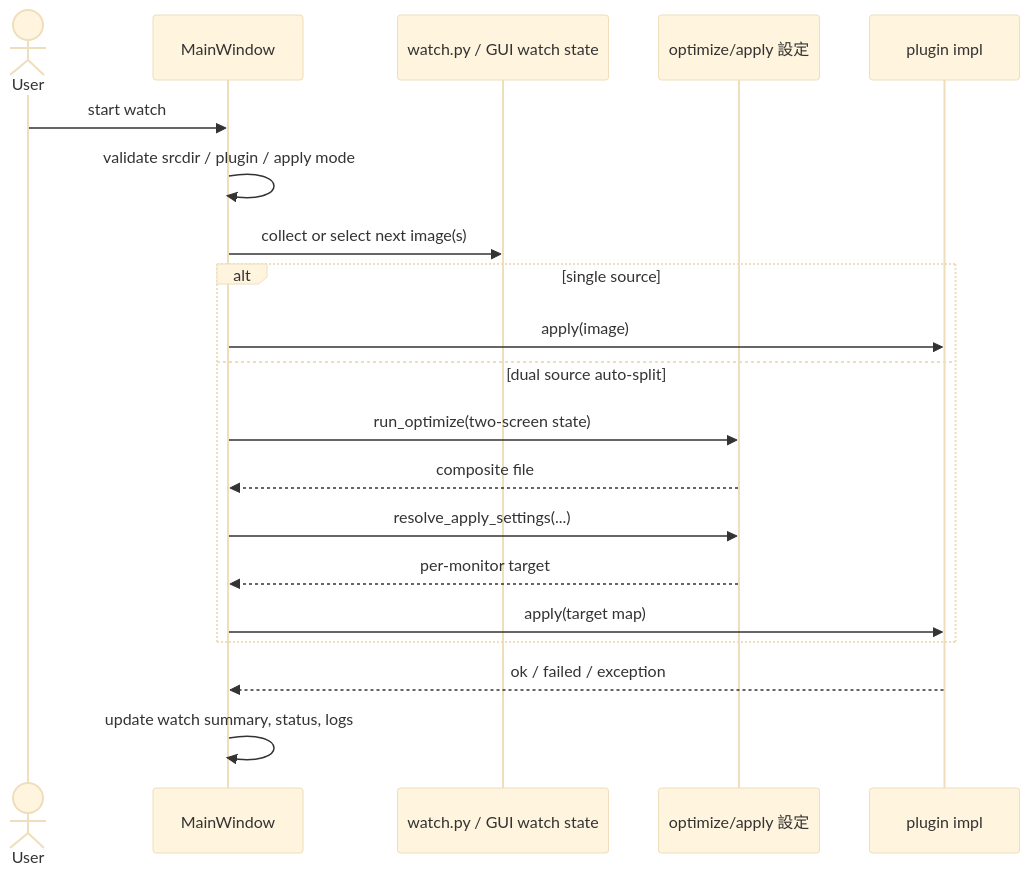
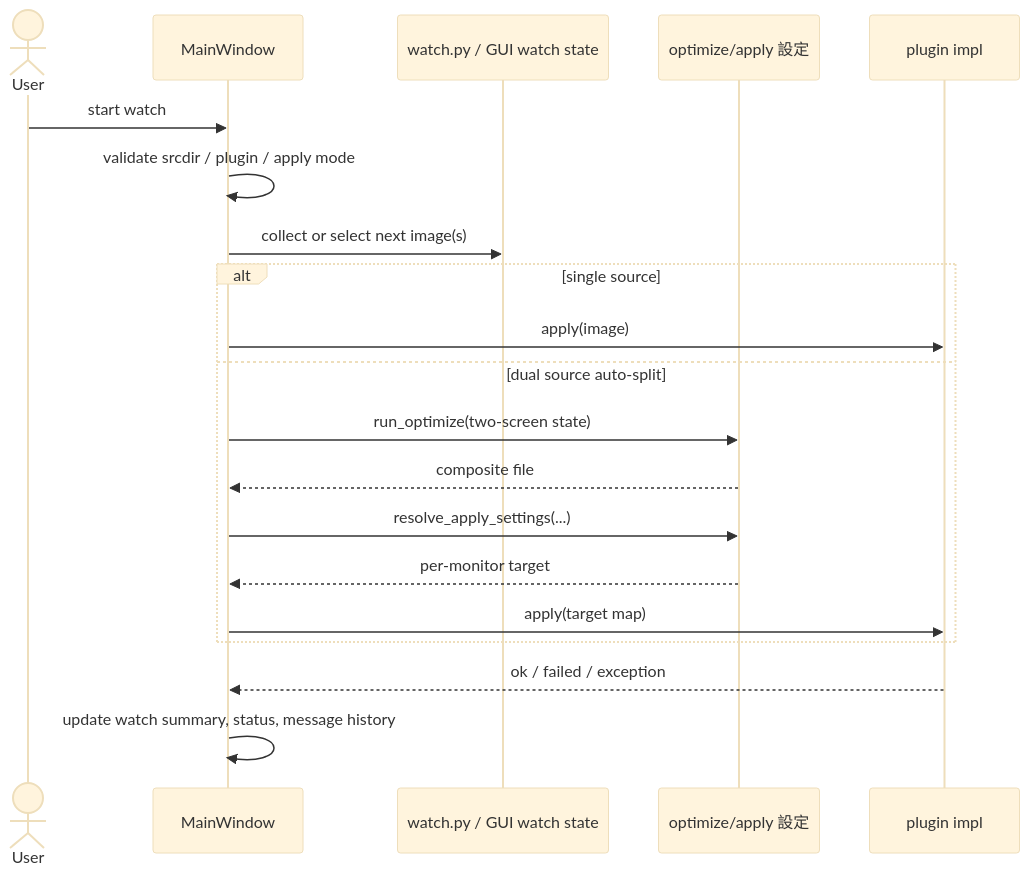
One commit to oggy8021/Harite changed the diagram in docs/specs/watch/harite-watch-spec.md. Above: the diagram before and after it, drawn with Mermaid (base theme). The commit also changed other lines of this file and 85 other files, not shown here.

````diff
--- a/docs/specs/watch/harite-watch-spec.md
+++ b/docs/specs/watch/harite-watch-spec.md
@@ -17,23 +29,23 @@
 ```mermaid
 sequenceDiagram
     actor User
     participant GUI as MainWindow
     participant Watch as watch.py / GUI watch state
     participant Core as optimize/apply 設定
     participant Plugin as plugin impl
 
     User->>GUI: start watch
     GUI->>GUI: validate srcdir / plugin / apply mode
     GUI->>Watch: collect or select next image(s)
     alt single source
         GUI->>Plugin: apply(image)
     else dual source auto-split
         GUI->>Core: run_optimize(two-screen state)
         Core-->>GUI: composite file
         GUI->>Core: resolve_apply_settings(...)
         Core-->>GUI: per-monitor target
         GUI->>Plugin: apply(target map)
     end
     Plugin-->>GUI: ok / failed / exception
-    GUI->>GUI: update watch summary, status, logs
+    GUI->>GUI: update watch summary, status, message history
 ```
````
